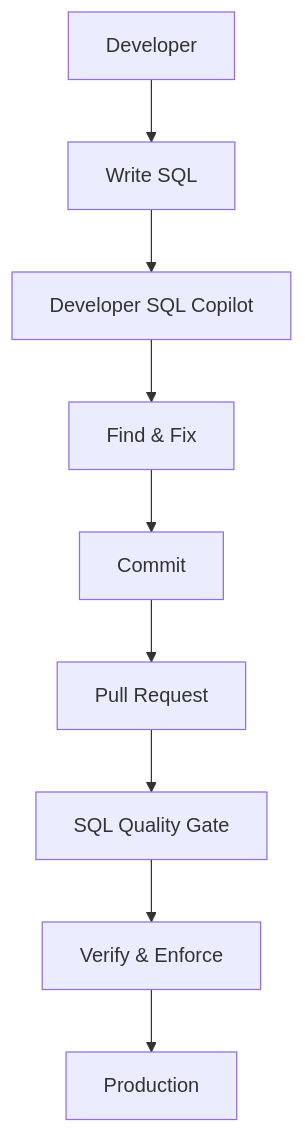
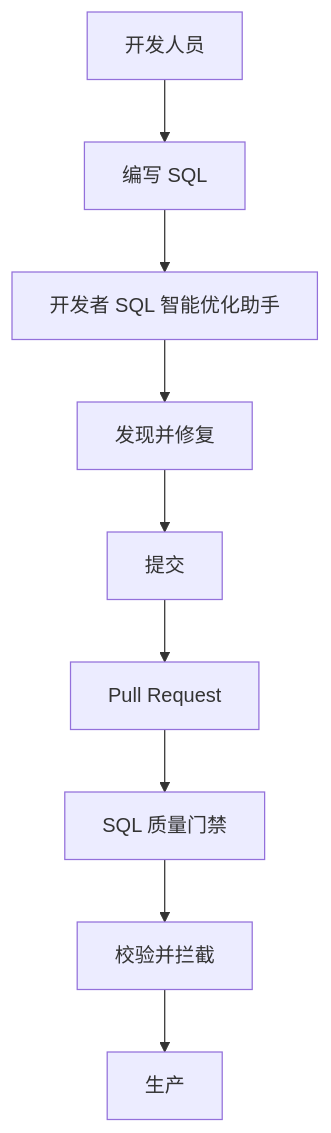
The second of 2 diagrams in docs/use-cases/developer-sql-copilot.mdx (PawSQL/pawsql-docs-mantlify), drawn with Mermaid before and after one commit. The commit also changed other lines of this file and 82 other files, not shown here.

````diff
--- a/docs/use-cases/developer-sql-copilot.mdx
+++ b/docs/use-cases/developer-sql-copilot.mdx
@@ -606,11 +104,11 @@
 ```mermaid
 flowchart TD
-    A[Developer] --> B[Write SQL]
-    B --> C[Developer SQL Copilot]
-    C --> D["Find & Fix"]
-    D --> E[Commit]
+    A[开发人员] --> B[编写 SQL]
+    B --> C[开发者 SQL 智能优化助手]
+    C --> D["发现并修复"]
+    D --> E[提交]
     E --> F[Pull Request]
-    F --> G[SQL Quality Gate]
-    G --> H["Verify & Enforce"]
-    H --> I[Production]
+    F --> G[SQL 质量门禁]
+    G --> H["校验并拦截"]
+    H --> I[生产]
 ```
````
